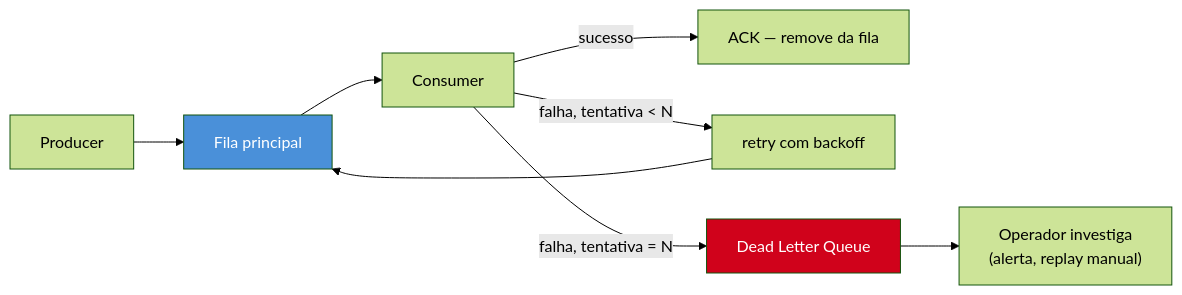
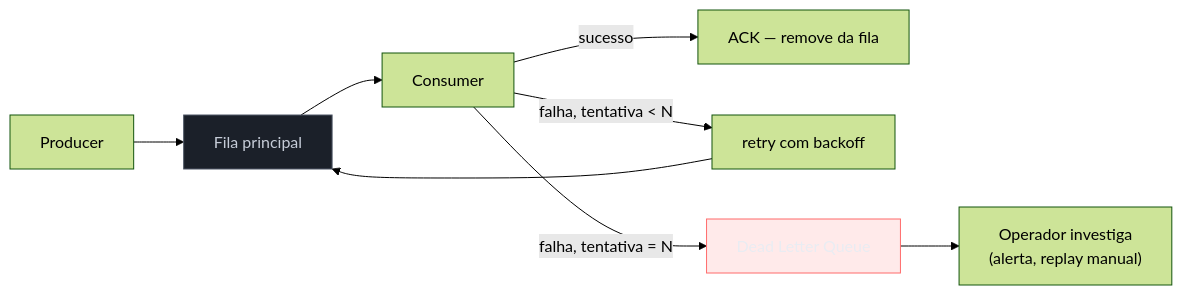
Before and after one commit to josenaldo/codex-technomanticus: the second of 4 diagrams in 03-Dominios/Tecnologia/Go/13 - Mensageria/06 - Retry, DLQ e backpressure.md, drawn with Mermaid (forest theme). The commit also changed other lines of this file and 1181 other files, not shown here.

First line of the commit message:
fix(diagramas): paleta do sistema no lugar de cor cravada no markdown

````diff
--- a/03-Dominios/Tecnologia/Go/13 - Mensageria/06 - Retry, DLQ e backpressure.md
+++ b/03-Dominios/Tecnologia/Go/13 - Mensageria/06 - Retry, DLQ e backpressure.md
@@ -132,13 +132,15 @@
 ```mermaid
 flowchart LR
+    classDef falha fill:#FF6B6B24,stroke:#FF6B6B,color:#E9ECF2
+    classDef neutro fill:#1B2029,stroke:#4E5666,color:#C6CCD8
     P["Producer"] --> Q["Fila principal"]
     Q --> C["Consumer"]
     C -->|"sucesso"| Ack["ACK — remove da fila"]
     C -->|"falha, tentativa < N"| Retry["retry com backoff"]
     Retry --> Q
     C -->|"falha, tentativa = N"| DLQ["Dead Letter Queue"]
     DLQ --> Op["Operador investiga\n(alerta, replay manual)"]
 
-    style DLQ fill:#D0021B,color:#fff
-    style Q fill:#4A90D9,color:#fff
+    class DLQ falha
+    class Q neutro
 ```
````
